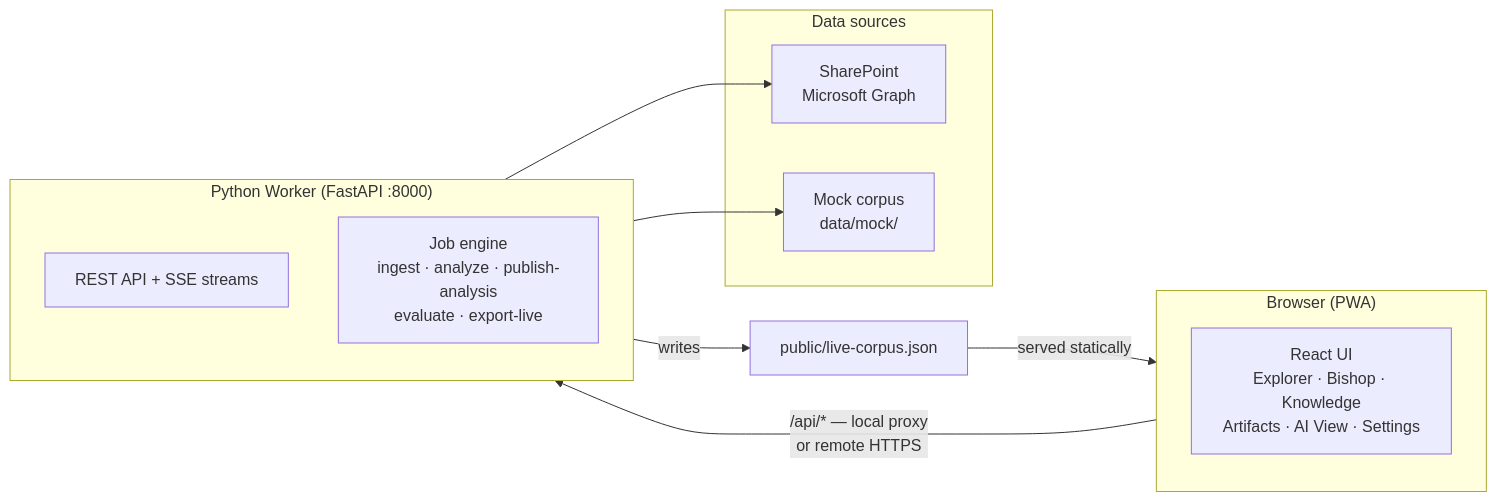
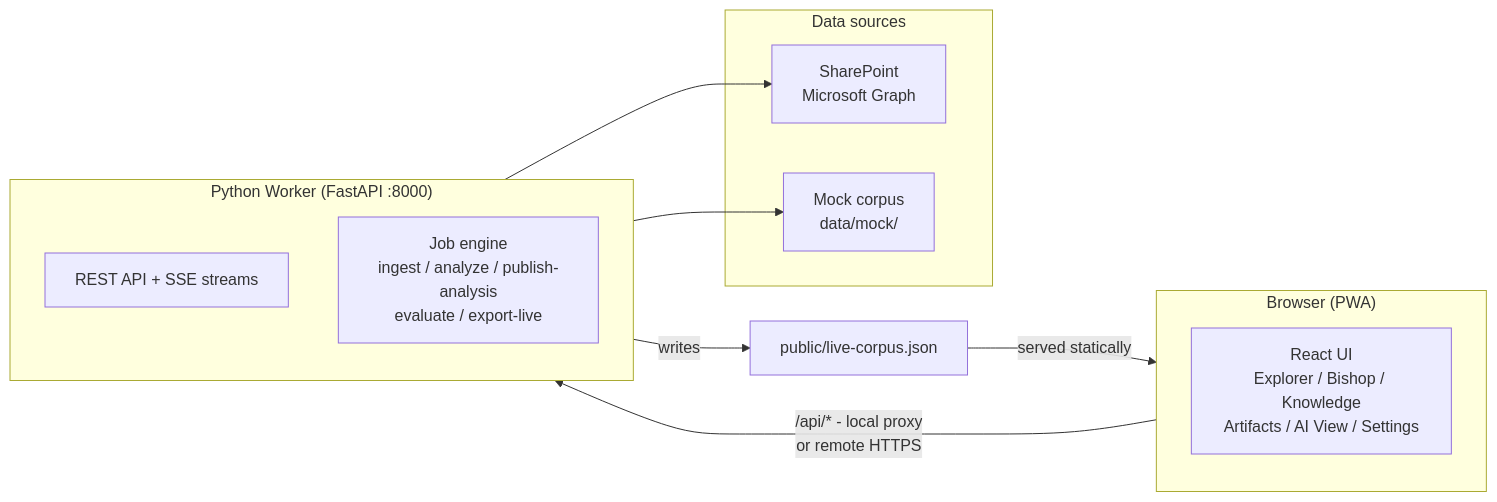
The first of 4 diagrams in README.md (AlexAgo83/deepvault), drawn with Mermaid before and after one commit. The commit also changed other lines of this file, not shown here.

````diff
--- a/README.md
+++ b/README.md
@@ -18,22 +18,22 @@
 ```mermaid
 flowchart LR
     subgraph Browser["Browser (PWA)"]
-        UI["React UI\nExplorer · Bishop · Knowledge\nArtifacts · AI View · Settings"]
+        UI["React UI\nExplorer / Bishop / Knowledge\nArtifacts / AI View / Settings"]
     end
 
     subgraph Worker["Python Worker (FastAPI :8000)"]
         API["REST API + SSE streams"]
-        Jobs["Job engine\ningest · analyze · publish-analysis\nevaluate · export-live"]
+        Jobs["Job engine\ningest / analyze / publish-analysis\nevaluate / export-live"]
     end
 
     subgraph Sources["Data sources"]
         SP["SharePoint\nMicrosoft Graph"]
         Mock["Mock corpus\ndata/mock/"]
     end
 
-    Browser -->|"/api/* — local proxy\nor remote HTTPS"| Worker
+    Browser -->|"/api/* - local proxy\nor remote HTTPS"| Worker
     Worker --> SP
     Worker --> Mock
     Worker -->|"writes"| Corpus["public/live-corpus.json"]
     Corpus -->|"served statically"| Browser
 ```
````
